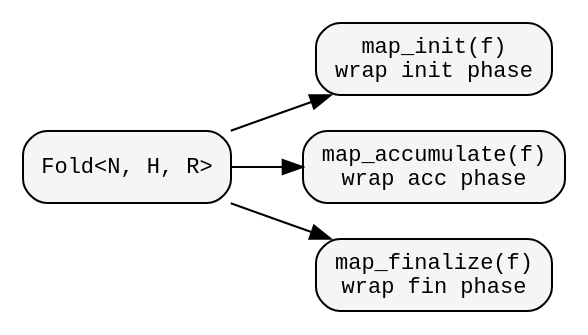
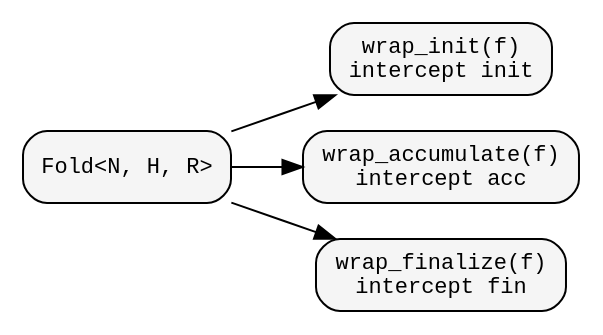
One commit to hylic-recursion/hylic-docs changed the first of 2 diagrams in book/src/guides/fold.md. Above: the diagram before and after it, drawn with Graphviz. The commit also changed other lines of this file and 57 other files, not shown here.

````diff
--- a/book/src/guides/fold.md
+++ b/book/src/guides/fold.md
@@ -21,16 +21,16 @@
 ```dot process
 digraph {
     rankdir=LR;
     node [shape=box, style="rounded,filled", fillcolor="#f5f5f5", fontname="monospace", fontsize=11];
     edge [fontname="sans-serif", fontsize=10];
 
     orig [label="Fold<N, H, R>"];
-    init [label="map_init(f)\nwrap init phase"];
-    acc [label="map_accumulate(f)\nwrap acc phase"];
-    fin [label="map_finalize(f)\nwrap fin phase"];
+    init [label="wrap_init(f)\nintercept init"];
+    acc [label="wrap_accumulate(f)\nintercept acc"];
+    fin [label="wrap_finalize(f)\nintercept fin"];
 
     orig -> init;
     orig -> acc;
     orig -> fin;
 }
 ```
````
